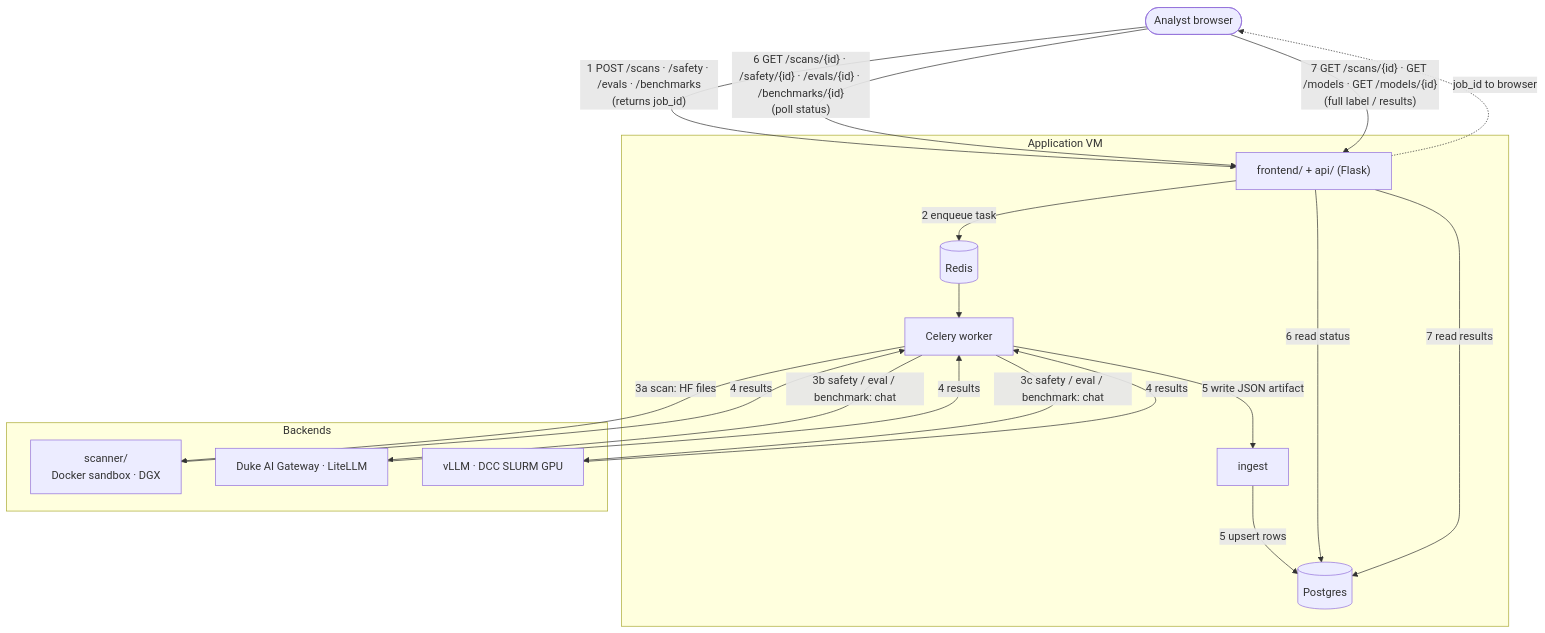
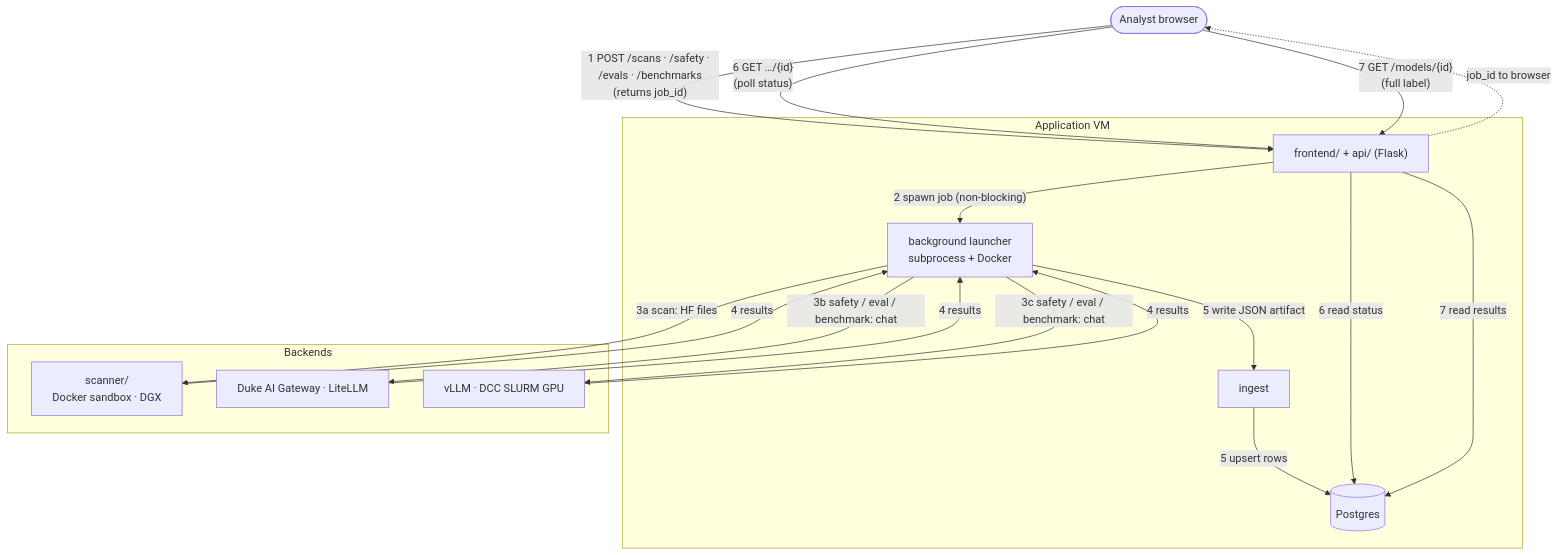
Before and after one commit to evelindsayyy/security-and-qa-for-ai-models: the diagram in docs/architecture.md, drawn with Mermaid. The commit also changed other lines of this file and 10 other files, not shown here.

Commit message:
Drop Redis/Celery from MVP architecture.

````diff
--- a/docs/architecture.md
+++ b/docs/architecture.md
@@ -22,33 +22,31 @@
 ```mermaid
 flowchart TB
   A([Analyst browser])
 
   subgraph VM["Application VM"]
     FE["frontend/ + api/ (Flask)"]
-    R[("Redis")]
-    W["Celery worker"]
+    LAUNCH["background launcher<br/>subprocess + Docker"]
     ING["ingest"]
     DB[("Postgres")]
   end
 
   subgraph BK["Backends"]
     SC["scanner/<br/>Docker sandbox · DGX"]
     GW["Duke AI Gateway · LiteLLM"]
     DC["vLLM · DCC SLURM GPU"]
   end
 
   A -->|"1 POST /scans · /safety · /evals · /benchmarks<br/>(returns job_id)"| FE
-  FE -->|"2 enqueue task"| R
-  R --> W
+  FE -->|"2 spawn job (non-blocking)"| LAUNCH
   FE -.->|"job_id to browser"| A
-  W -->|"3a scan: HF files"| SC
-  W -->|"3b safety / eval / benchmark: chat"| GW
-  W -->|"3c safety / eval / benchmark: chat"| DC
-  SC & GW & DC -->|"4 results"| W
-  W -->|"5 write JSON artifact"| ING
+  LAUNCH -->|"3a scan: HF files"| SC
+  LAUNCH -->|"3b safety / eval / benchmark: chat"| GW
+  LAUNCH -->|"3c safety / eval / benchmark: chat"| DC
+  SC & GW & DC -->|"4 results"| LAUNCH
+  LAUNCH -->|"5 write JSON artifact"| ING
   ING -->|"5 upsert rows"| DB
-  A -->|"6 GET /scans/{id} · /safety/{id} · /evals/{id} · /benchmarks/{id}<br/>(poll status)"| FE
+  A -->|"6 GET …/{id}<br/>(poll status)"| FE
   FE -->|"6 read status"| DB
-  A -->|"7 GET /scans/{id} · GET /models · GET /models/{id}<br/>(full label / results)"| FE
+  A -->|"7 GET /models/{id}<br/>(full label)"| FE
   FE -->|"7 read results"| DB
 ```
````
